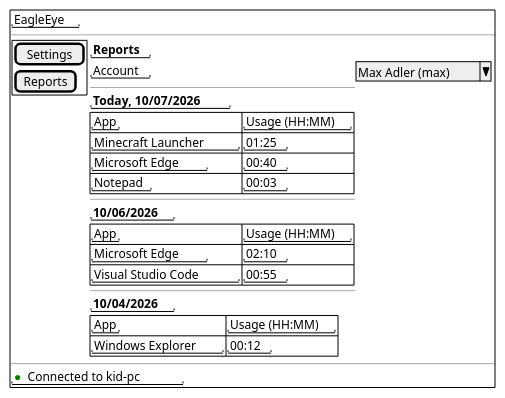
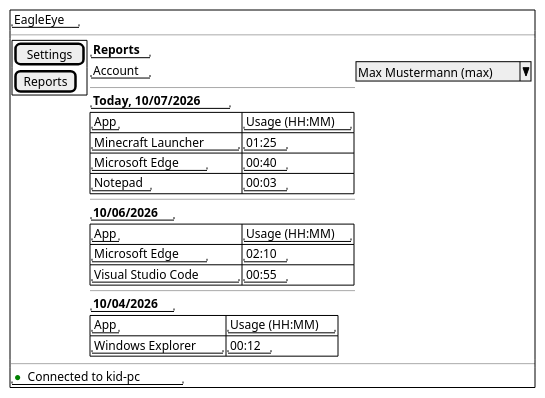
Before and after one commit to adlemich/EagleEye: the first of 3 diagrams in 02_Implementation/docs/requirements/user-stories/US-004/user-story.md, drawn with PlantUML. The commit also changed other lines of this file and 220 other files, not shown here.

````diff
--- a/02_Implementation/docs/requirements/user-stories/US-004/user-story.md
+++ b/02_Implementation/docs/requirements/user-stories/US-004/user-story.md
@@ -125,41 +125,41 @@
 ```plantuml
 @startsalt
 {+
   "EagleEye"
   ---
   {
     {+
       [Settings]
       [Reports]
     } |
     {
       "<b>Reports"
-      "Account" | ^Max Adler (max)^
+      "Account" | ^Max Mustermann (max)^
       ---
       "<b>Today, 10/07/2026"
       {#
         "App" | "Usage (HH:MM)"
         "Minecraft Launcher" | "01:25"
         "Microsoft Edge" | "00:40"
         "Notepad" | "00:03"
       }
       ---
       "<b>10/06/2026"
       {#
         "App" | "Usage (HH:MM)"
         "Microsoft Edge" | "02:10"
         "Visual Studio Code" | "00:55"
       }
       ---
       "<b>10/04/2026"
       {#
         "App" | "Usage (HH:MM)"
         "Windows Explorer" | "00:12"
       }
     }
   }
   ---
   "<color:green>●</color> Connected to kid-pc"
 }
 @endsalt
 ```
````
